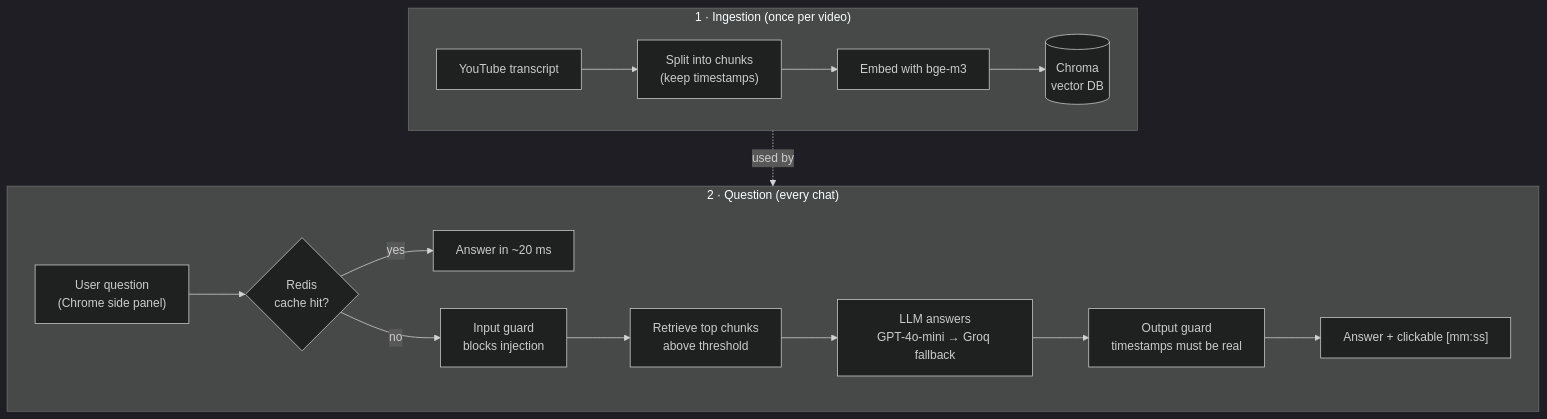
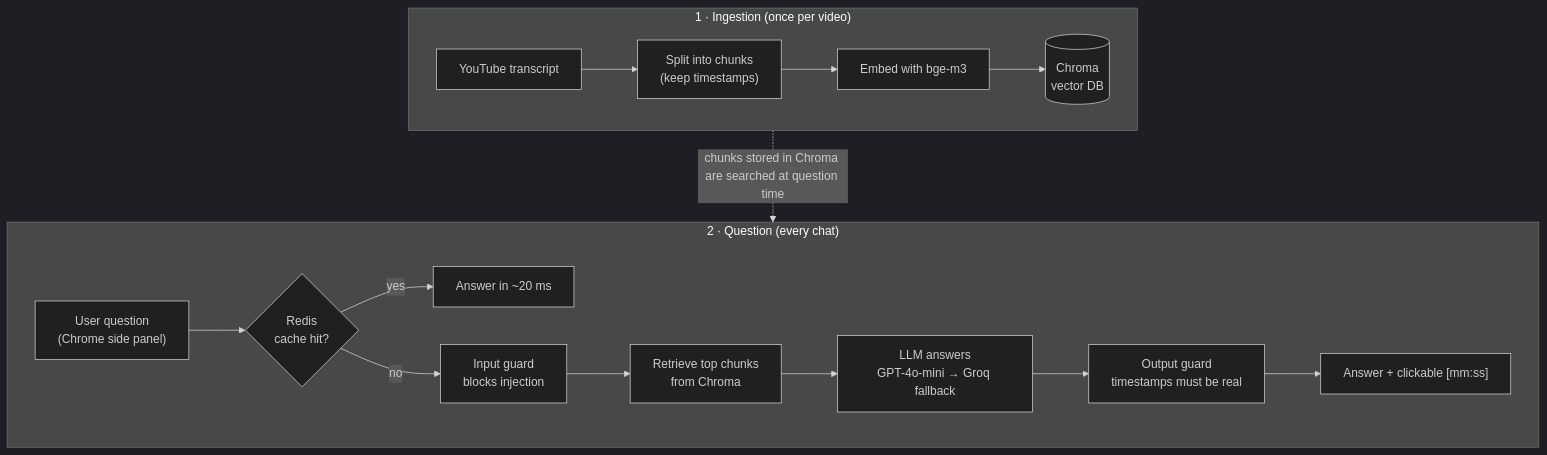
The second of 2 diagrams in README.md (pratikpotdukhe30/yt_rag_nyx), drawn with Mermaid (dark theme) before and after one commit.

Commit message:
Update flowchart details in README.md

````diff
--- a/README.md
+++ b/README.md
@@ -60,14 +60,14 @@
 ```mermaid
 flowchart TB
   subgraph A["1 · Ingestion (once per video)"]
     direction LR
     A1["YouTube transcript"] --> A2["Split into chunks<br/>(keep timestamps)"] --> A3["Embed with bge-m3"] --> A4[("Chroma<br/>vector DB")]
   end
   subgraph B["2 · Question (every chat)"]
     direction LR
     B1["User question<br/>(Chrome side panel)"] --> B2{"Redis<br/>cache hit?"}
     B2 -- yes --> B9["Answer in ~20 ms"]
-    B2 -- no --> B3["Input guard<br/>blocks injection"] --> B4["Retrieve top chunks<br/>above threshold"] --> B5["LLM answers<br/>GPT-4o-mini → Groq fallback"] --> B6["Output guard<br/>timestamps must be real"] --> B7["Answer + clickable [mm:ss]"]
+    B2 -- no --> B3["Input guard<br/>blocks injection"] --> B4["Retrieve top chunks<br/>from Chroma"] --> B5["LLM answers<br/>GPT-4o-mini → Groq fallback"] --> B6["Output guard<br/>timestamps must be real"] --> B7["Answer + clickable [mm:ss]"]
   end
-  A4 -. used by .-> B4
+  A -. chunks stored in Chroma are searched at question time .-> B
 ```
````
